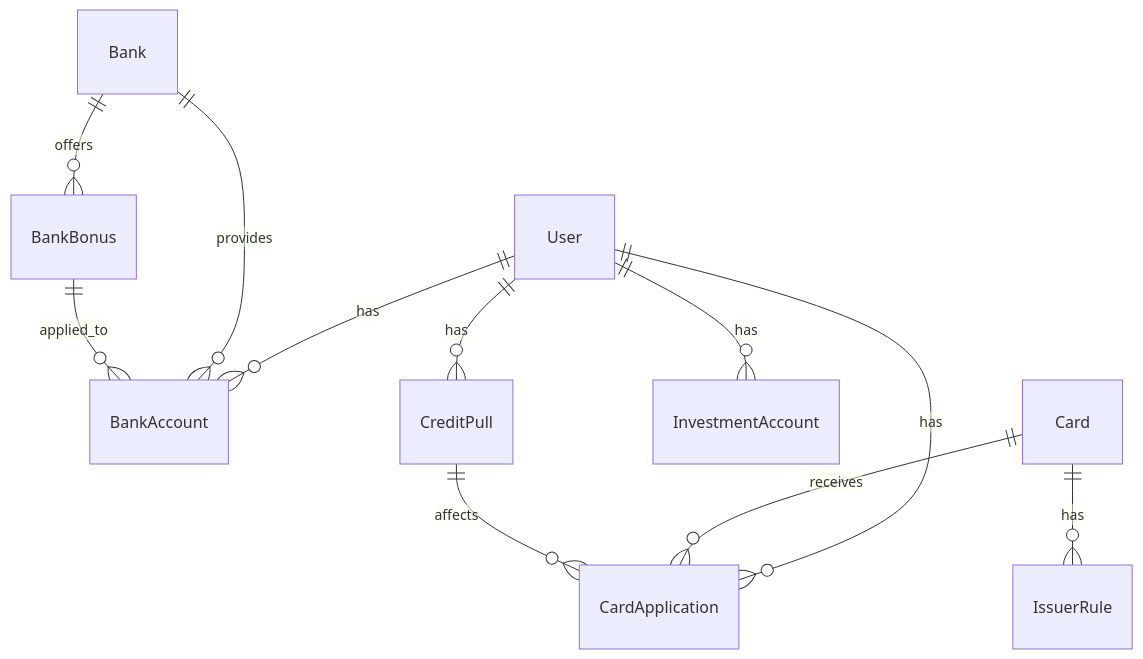
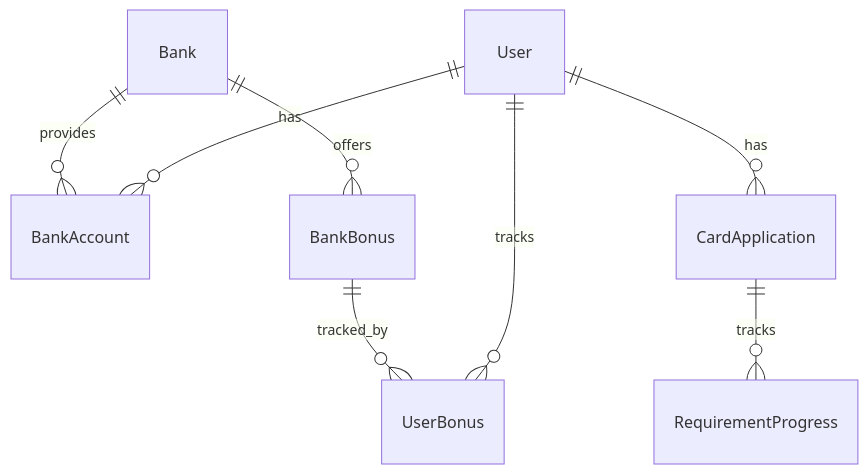
Before and after one commit to menezmethod/churnistic: the first of 5 diagrams in docs/2.ARCHITECTURE.md, drawn with Mermaid. The commit also changed other lines of this file and 10 other files, not shown here.

````diff
--- a/docs/2.ARCHITECTURE.md
+++ b/docs/2.ARCHITECTURE.md
@@ -11,16 +11,12 @@
 ```mermaid
 erDiagram
+    User ||--o{ UserBonus : tracks
+    User ||--o{ BankAccount : has
     User ||--o{ CardApplication : has
-    User ||--o{ BankAccount : has
-    User ||--o{ CreditPull : has
-    User ||--o{ InvestmentAccount : has
 
-    Card ||--o{ CardApplication : receives
-    Card ||--o{ IssuerRule : has
+    Bank ||--o{ BankBonus : offers
+    Bank ||--o{ BankAccount : provides
 
-    Bank ||--o{ BankAccount : provides
-    Bank ||--o{ BankBonus : offers
-
-    BankBonus ||--o{ BankAccount : applied_to
-    CreditPull ||--o{ CardApplication : affects
+    BankBonus ||--o{ UserBonus : tracked_by
+    CardApplication ||--o{ RequirementProgress : tracks
 ```
````
